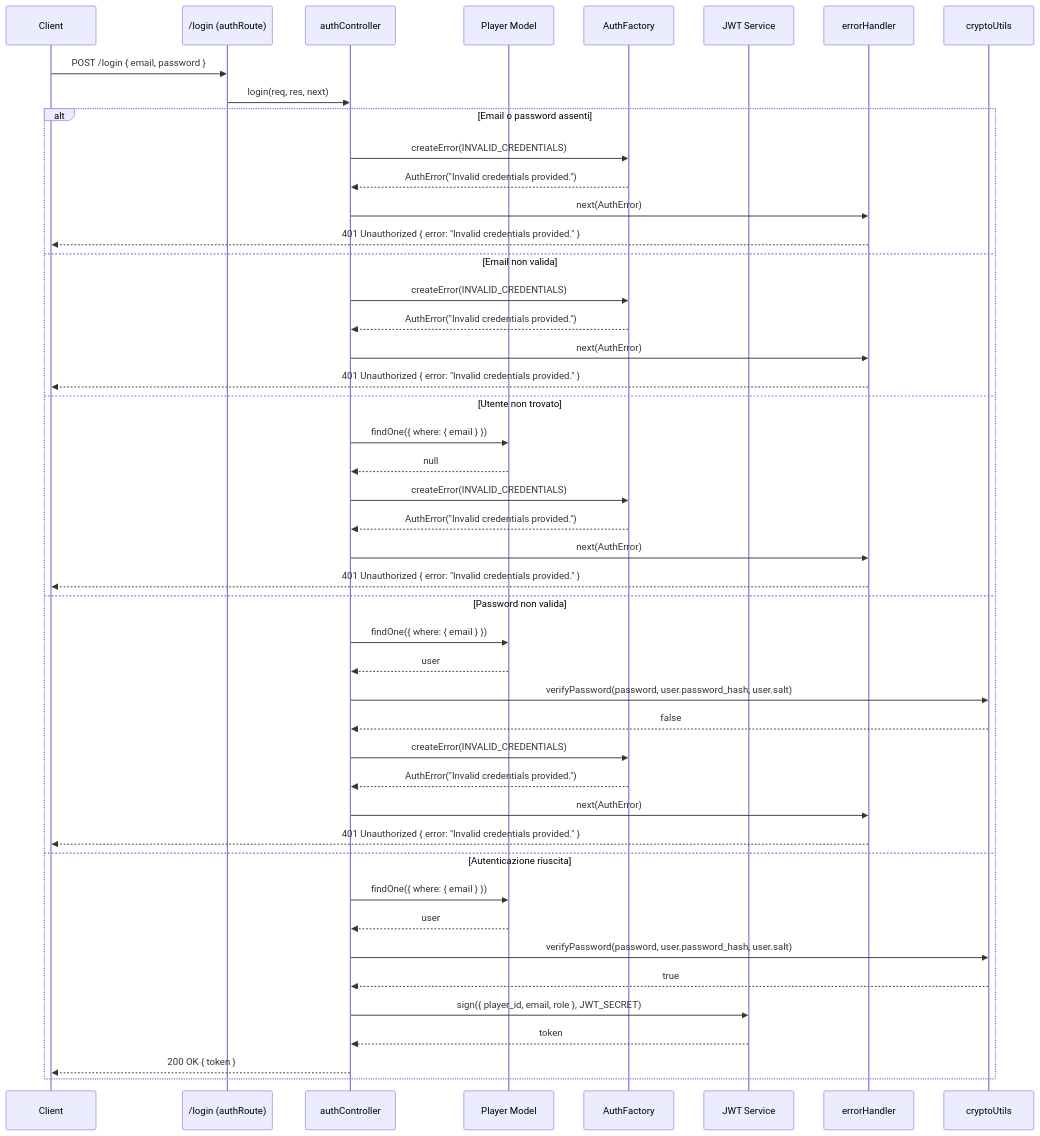
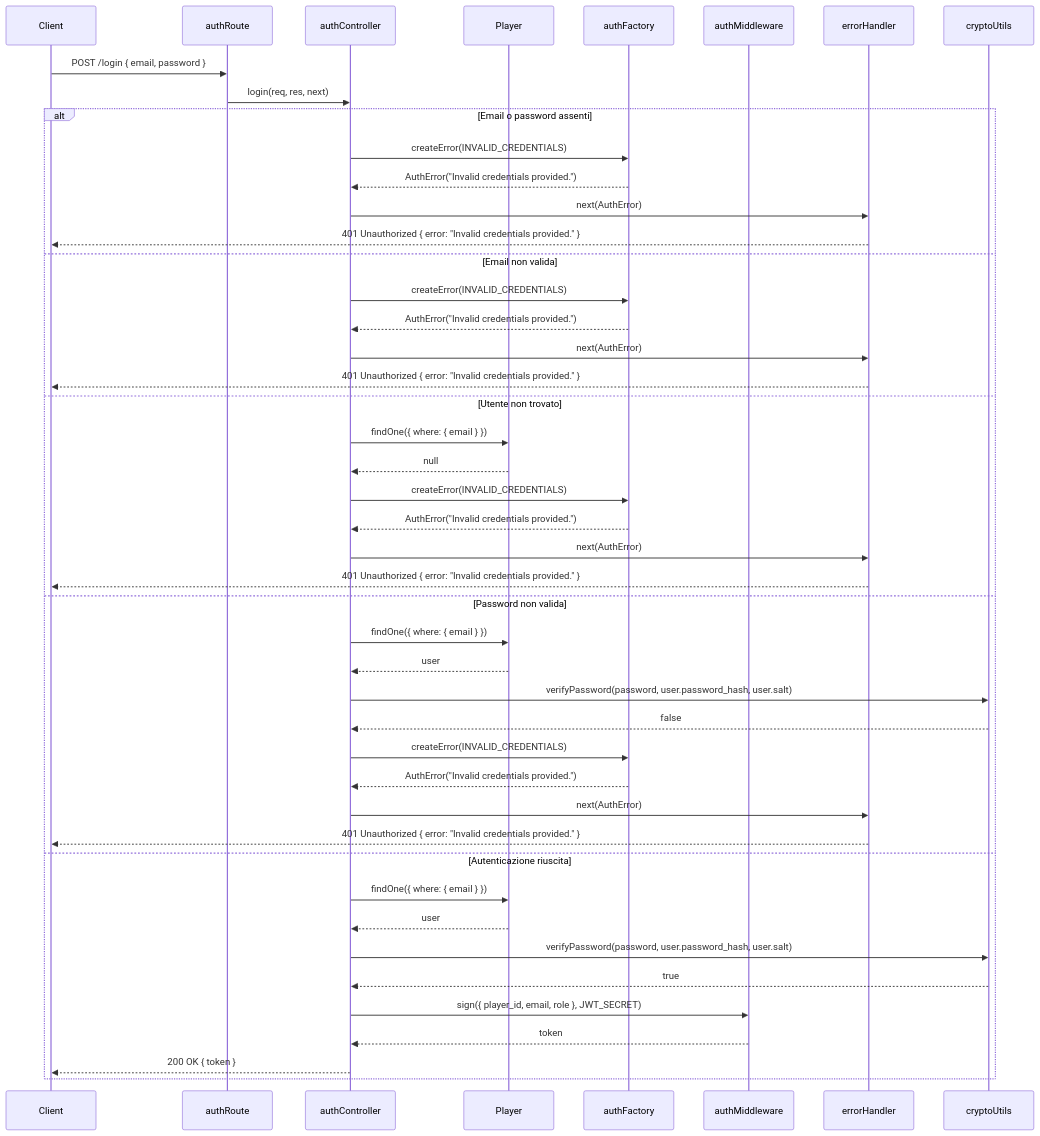
The second of 12 diagrams in README.md (AndreaMarini01/progetto_PA), drawn with Mermaid before and after one commit. The commit also changed other lines of this file, not shown here.

````diff
--- a/README.md
+++ b/README.md
@@ -164,50 +159,50 @@
 ```mermaid
 sequenceDiagram
     participant Client
-    participant AuthRoute as /login (authRoute)
+    participant AuthRoute as authRoute
     participant AuthController as authController
-    participant PlayerModel as Player Model
-    participant AuthFactory as AuthFactory
-    participant JWT as JWT Service
+    participant PlayerModel as Player
+    participant AuthFactory as authFactory
+    participant JWT as authMiddleware
     participant ErrorHandler as errorHandler
 
     Client->>AuthRoute: POST /login { email, password }
     AuthRoute->>AuthController: login(req, res, next)
 
     alt Email o password assenti
         AuthController->>AuthFactory: createError(INVALID_CREDENTIALS)
         AuthFactory-->>AuthController: AuthError("Invalid credentials provided.")
         AuthController->>ErrorHandler: next(AuthError)
         ErrorHandler-->>Client: 401 Unauthorized { error: "Invalid credentials provided." }
     else Email non valida
         AuthController->>AuthFactory: createError(INVALID_CREDENTIALS)
         AuthFactory-->>AuthController: AuthError("Invalid credentials provided.")
         AuthController->>ErrorHandler: next(AuthError)
         ErrorHandler-->>Client: 401 Unauthorized { error: "Invalid credentials provided." }
     else Utente non trovato
         AuthController->>PlayerModel: findOne({ where: { email } })
         PlayerModel-->>AuthController: null
         AuthController->>AuthFactory: createError(INVALID_CREDENTIALS)
         AuthFactory-->>AuthController: AuthError("Invalid credentials provided.")
         AuthController->>ErrorHandler: next(AuthError)
         ErrorHandler-->>Client: 401 Unauthorized { error: "Invalid credentials provided." }
     else Password non valida
         AuthController->>PlayerModel: findOne({ where: { email } })
         PlayerModel-->>AuthController: user
         AuthController->>cryptoUtils: verifyPassword(password, user.password_hash, user.salt)
         cryptoUtils-->>AuthController: false
         AuthController->>AuthFactory: createError(INVALID_CREDENTIALS)
         AuthFactory-->>AuthController: AuthError("Invalid credentials provided.")
         AuthController->>ErrorHandler: next(AuthError)
         ErrorHandler-->>Client: 401 Unauthorized { error: "Invalid credentials provided." }
     else Autenticazione riuscita
         AuthController->>PlayerModel: findOne({ where: { email } })
         PlayerModel-->>AuthController: user
         AuthController->>cryptoUtils: verifyPassword(password, user.password_hash, user.salt)
         cryptoUtils-->>AuthController: true
         AuthController->>JWT: sign({ player_id, email, role }, JWT_SECRET)
         JWT-->>AuthController: token
         AuthController-->>Client: 200 OK { token }
     end
 
 ```
````
